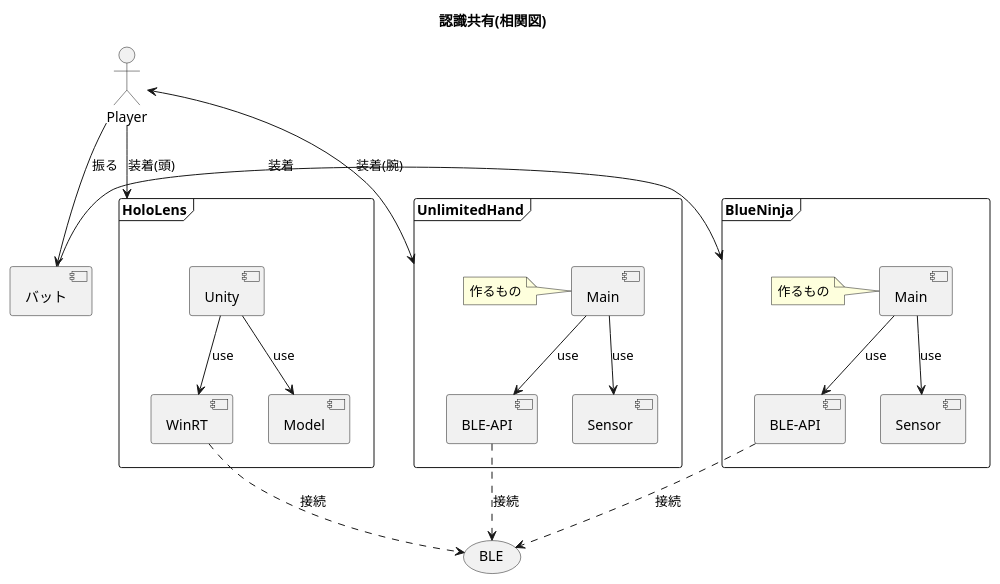
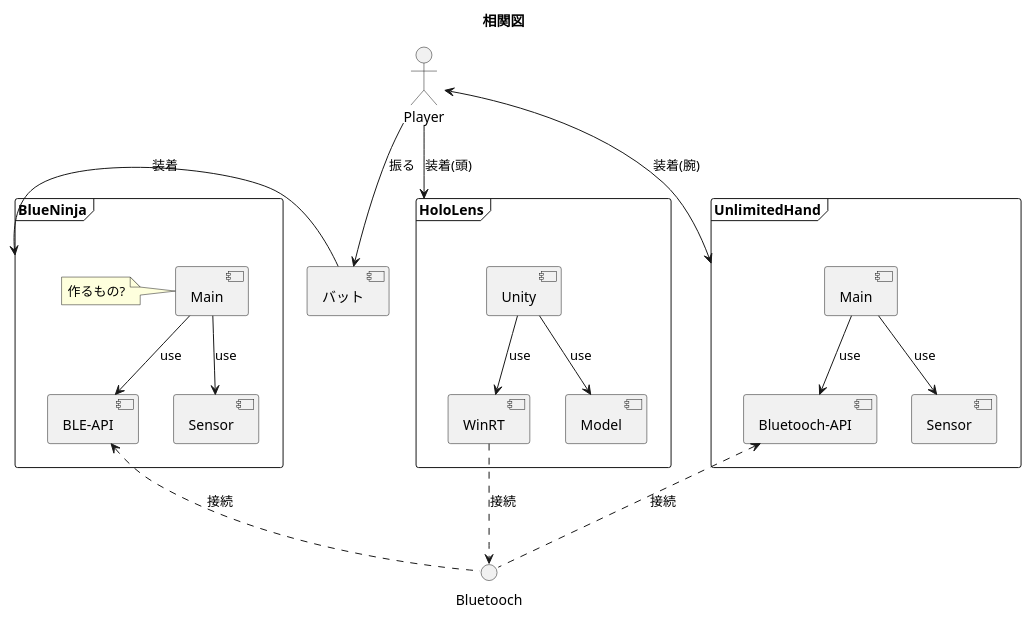
One commit to TNCT-Nakano/Design changed the diagram in uml/module.pu. Above: the diagram before and after it, drawn with PlantUML. The commit also changed 5 other files, not shown here.

```diff
--- a/uml/module.pu
+++ b/uml/module.pu
@@ -1,46 +1,45 @@
 @startuml
 
-title 認識共有(相関図)
+title 相関図
 
-(BLE)
+() Bluetooch as BLE
 actor Player
 [バット] as Bat
 Player -d->Bat:振る
 
 frame HoloLens {
     [Unity] --> [WinRT]:use
     [Unity] -->[Model]:use
 }
 
 WinRT .d.> BLE:接続
 Player -d-> HoloLens :装着(頭)
 
 frame UnlimitedHand{
     [Main] as UH_Main
-    note left of UH_Main :作るもの
-    [BLE-API] as UH_BLE
+    [Bluetooch-API] as UH_BLE
     [Sensor]as UH_Sensor
     UH_Main --> UH_BLE:use
     UH_Main --> UH_Sensor:use
 }
 
 Player <-d-> UnlimitedHand :装着(腕)
-BLE <.u. UH_BLE:接続
+BLE .u.> UH_BLE:接続
 
 
 frame BlueNinja{
     [Main]as BN_Main
-    note left of BN_Main :作るもの
+    note left of BN_Main :作るもの?
     [BLE-API] as BSP_API
     [Sensor] as BN_Sensor
     BN_Main -->BSP_API:use
     BN_Main -->BN_Sensor:use
 }
 
-BLE <.u. BSP_API:接続
+BLE .u.> BSP_API:接続
 Bat -> BlueNinja :装着
 
 
 
 
 @enduml
```
